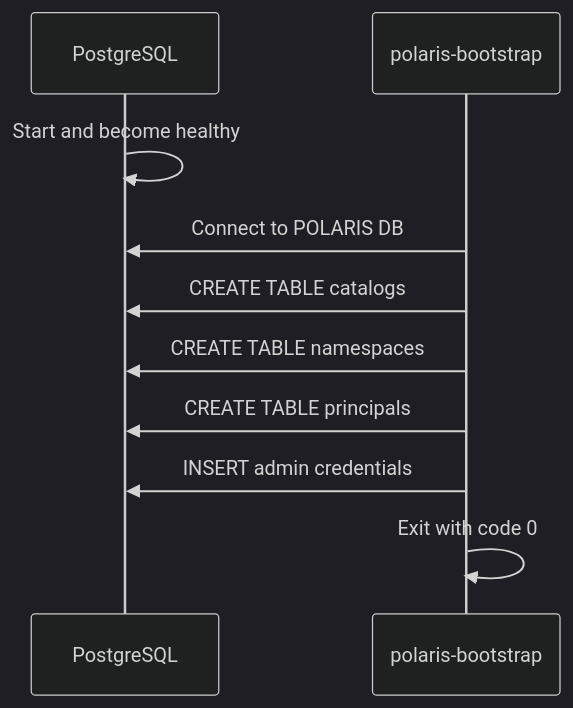
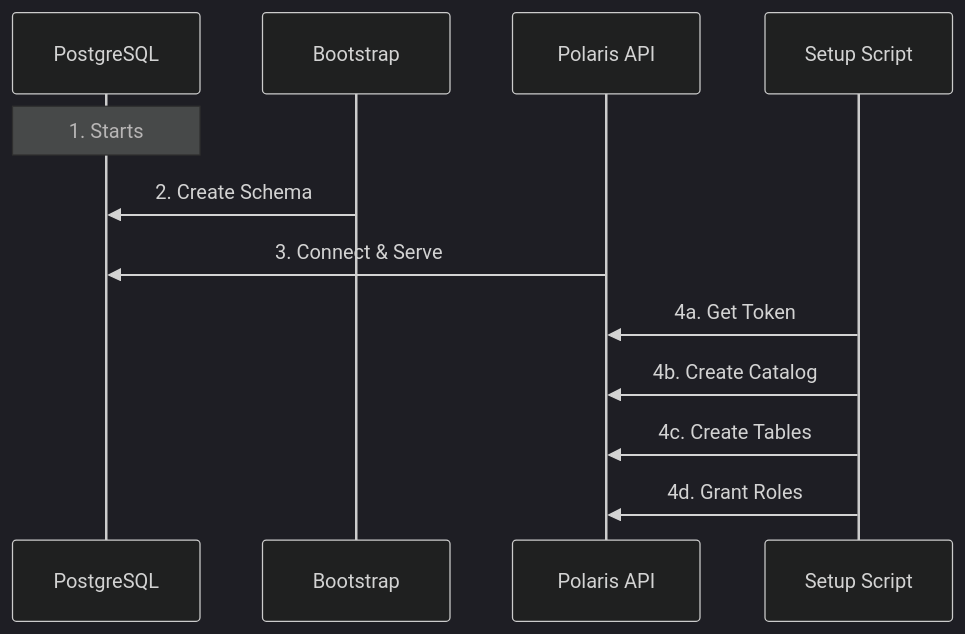
The second of 2 diagrams in docs/polaris/README-POLARIS.md (waqasdilawar/quickstart-flink), drawn with Mermaid (dark theme) before and after one commit. The commit also changed other lines of this file and 4 other files, not shown here.

Commit message:
Added `polaris_architecture.drawio` to define Polaris setup and workflow, updated `architecture.drawio` to refine dimensions for better visualization, and restructured `README-POLARIS.md` to simplify the setup guide and clarify the initialization process.

````diff
--- a/docs/polaris/README-POLARIS.md
+++ b/docs/polaris/README-POLARIS.md
@@ -198,13 +130,16 @@
 ```mermaid
 sequenceDiagram
     participant PG as PostgreSQL
-    participant BOOT as polaris-bootstrap
+    participant Boot as Bootstrap
+    participant API as Polaris API
+    participant Script as Setup Script
 
-    PG->>PG: Start and become healthy
-    BOOT->>PG: Connect to POLARIS DB
-    BOOT->>PG: CREATE TABLE catalogs
-    BOOT->>PG: CREATE TABLE namespaces
-    BOOT->>PG: CREATE TABLE principals
-    BOOT->>PG: INSERT admin credentials
-    BOOT->>BOOT: Exit with code 0
+    Note over PG: 1. Starts
+    Boot->>PG: 2. Create Schema
+    API->>PG: 3. Connect & Serve
+    
+    Script->>API: 4a. Get Token
+    Script->>API: 4b. Create Catalog
+    Script->>API: 4c. Create Tables
+    Script->>API: 4d. Grant Roles
 ```
````
